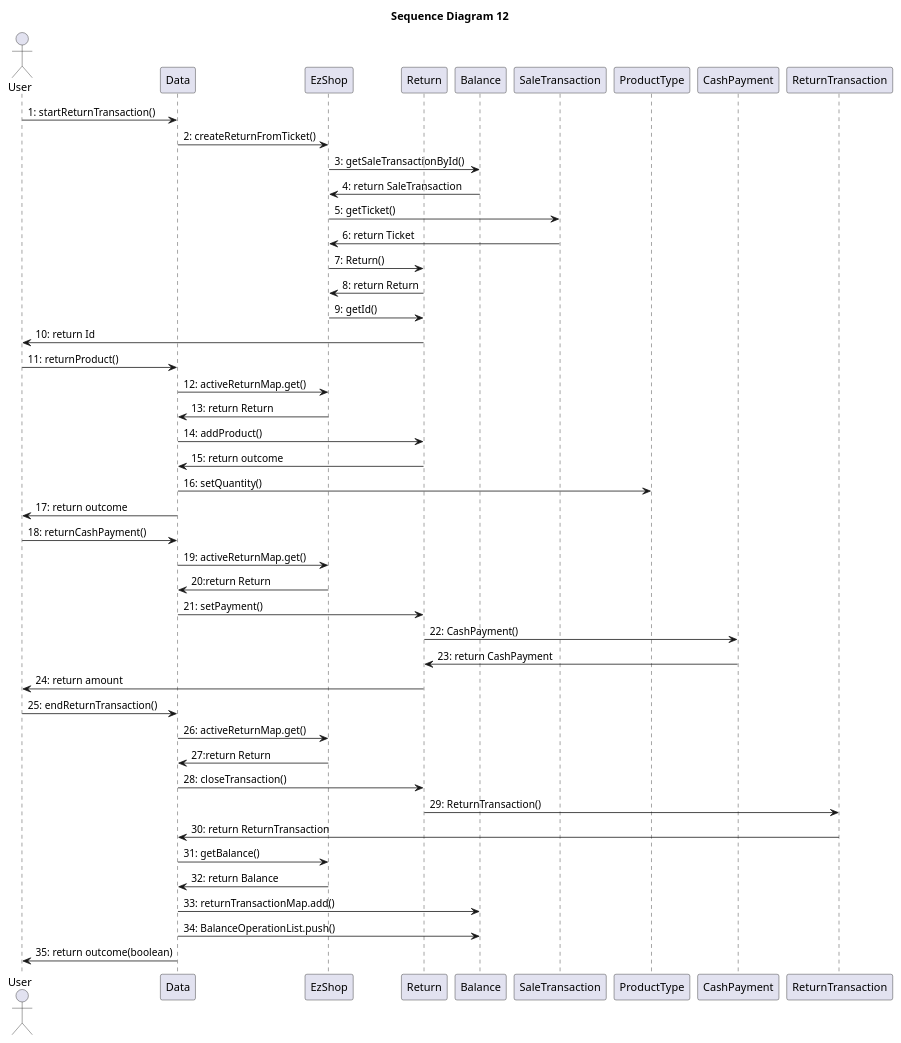
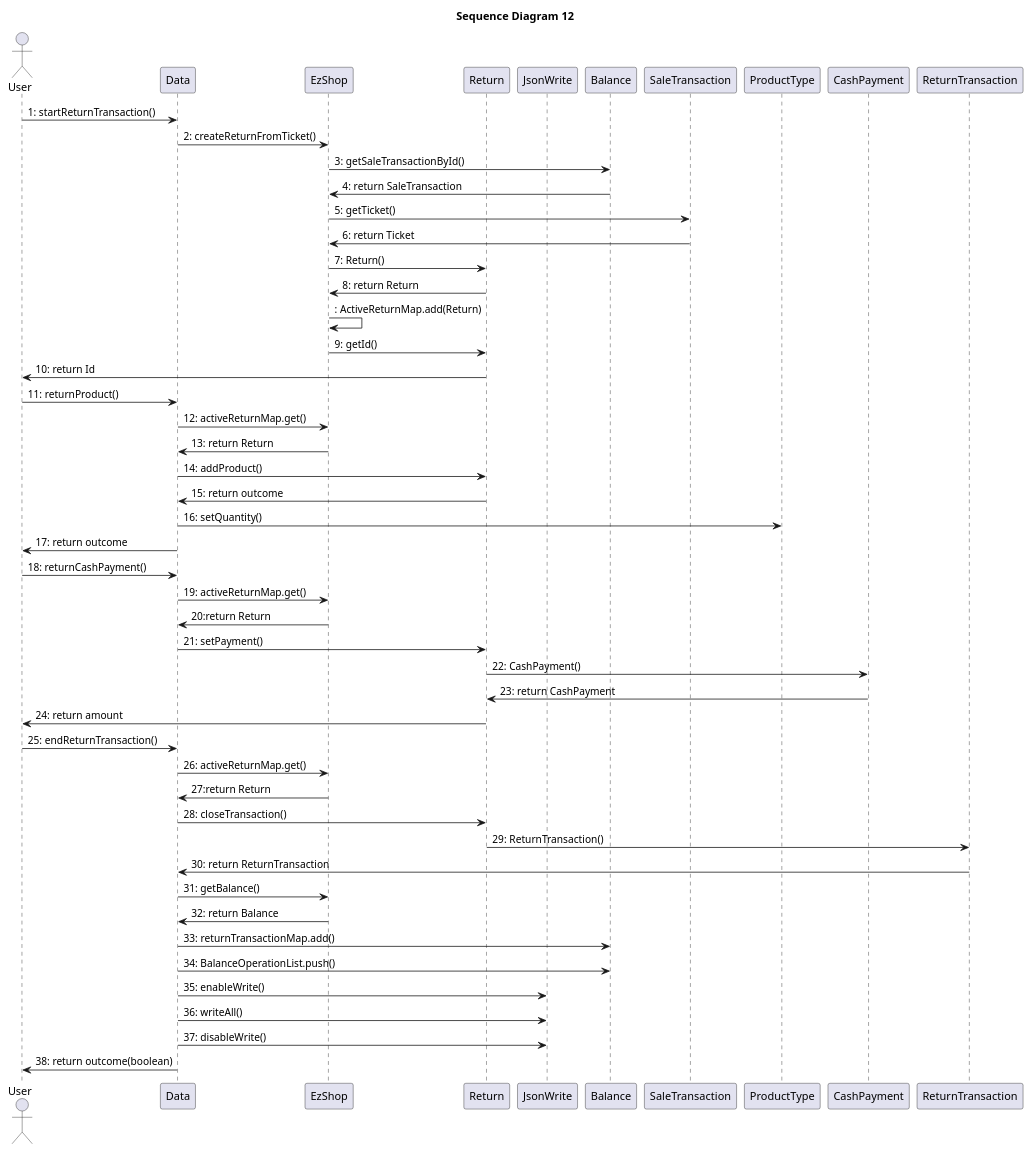
Diagram 14 of 15 in Deliverables/DesignDocument.md (paolotron/EzshoProject31), drawn with PlantUML before and after one commit. The commit also changed other lines of this file, not shown here.

````diff
--- a/Deliverables/DesignDocument.md
+++ b/Deliverables/DesignDocument.md
@@ -683,45 +680,50 @@
 ```plantuml
 @startuml
 title "Sequence Diagram 12"
 actor User
 participant Data
 participant EzShop
 participant Return
+participant JsonWrite as JW
 
 User -> Data: 1: startReturnTransaction()
 Data -> EzShop: 2: createReturnFromTicket()
 EzShop -> Balance: 3: getSaleTransactionById()
 Balance -> EzShop: 4: return SaleTransaction
 EzShop -> SaleTransaction: 5: getTicket()
 SaleTransaction -> EzShop: 6: return Ticket
 EzShop -> Return: 7: Return()
 Return -> EzShop: 8: return Return
+EzShop -> EzShop: : ActiveReturnMap.add(Return)
 EzShop -> Return: 9: getId()
 Return -> User: 10: return Id
 User -> Data: 11: returnProduct()
 Data -> EzShop: 12: activeReturnMap.get()
 EzShop -> Data: 13: return Return
 Data -> Return: 14: addProduct()
 Return -> Data: 15: return outcome
 Data -> ProductType: 16: setQuantity()
 Data -> User: 17: return outcome
 User -> Data: 18: returnCashPayment()
 Data -> EzShop: 19: activeReturnMap.get()
 EzShop -> Data: 20:return Return
 Data -> Return: 21: setPayment()
 Return -> CashPayment: 22: CashPayment()
 CashPayment -> Return: 23: return CashPayment
 Return -> User: 24: return amount
 User -> Data: 25: endReturnTransaction()
 Data -> EzShop: 26: activeReturnMap.get()
 EzShop -> Data: 27:return Return
 Data -> Return: 28: closeTransaction()
 Return -> ReturnTransaction: 29: ReturnTransaction()
 ReturnTransaction -> Data: 30: return ReturnTransaction
 Data -> EzShop: 31: getBalance()
 EzShop -> Data: 32: return Balance
 Data -> Balance: 33: returnTransactionMap.add()
 Data -> Balance: 34: BalanceOperationList.push()
-Data -> User: 35: return outcome(boolean)
+Data -> JW: 35: enableWrite()
+Data -> JW: 36: writeAll()
+Data -> JW: 37: disableWrite()
+Data -> User: 38: return outcome(boolean)
 @enduml
 ```
````
